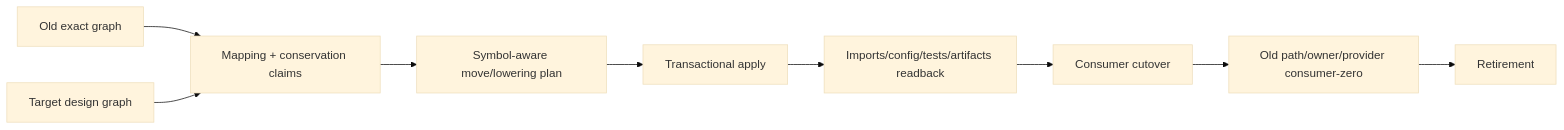
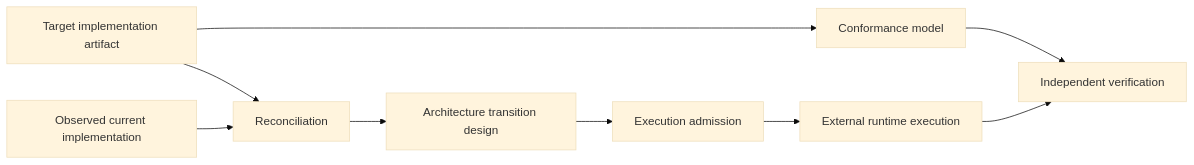
Before and after one commit to sec-platform/sec: the first of 2 diagrams in docs/implementation-architecture/migration-and-conformance.md, drawn with Mermaid (base theme). The commit also changed other lines of this file and 37 other files, not shown here.

````diff
--- a/docs/implementation-architecture/migration-and-conformance.md
+++ b/docs/implementation-architecture/migration-and-conformance.md
@@ -17,11 +13,11 @@
 ```mermaid
 flowchart LR
-  O[Old exact graph] --> M[Mapping + conservation claims]
-  N[Target design graph] --> M
-  M --> P[Symbol-aware move/lowering plan]
-  P --> T[Transactional apply]
-  T --> R[Imports/config/tests/artifacts readback]
-  R --> C[Consumer cutover]
-  C --> Z[Old path/owner/provider consumer-zero]
-  Z --> X[Retirement]
+  T[Target implementation artifact] --> R[Reconciliation]
+  C[Observed current implementation] --> R
+  R --> M[Architecture transition design]
+  T --> F[Conformance model]
+  M --> A[Execution admission]
+  F --> V[Independent verification]
+  A --> X[External runtime execution]
+  X --> V
 ```
````
